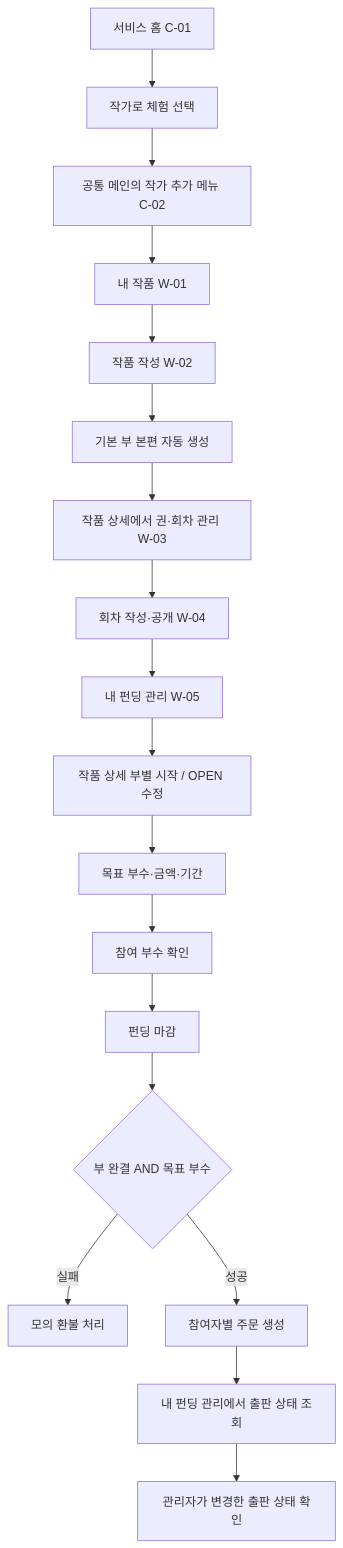
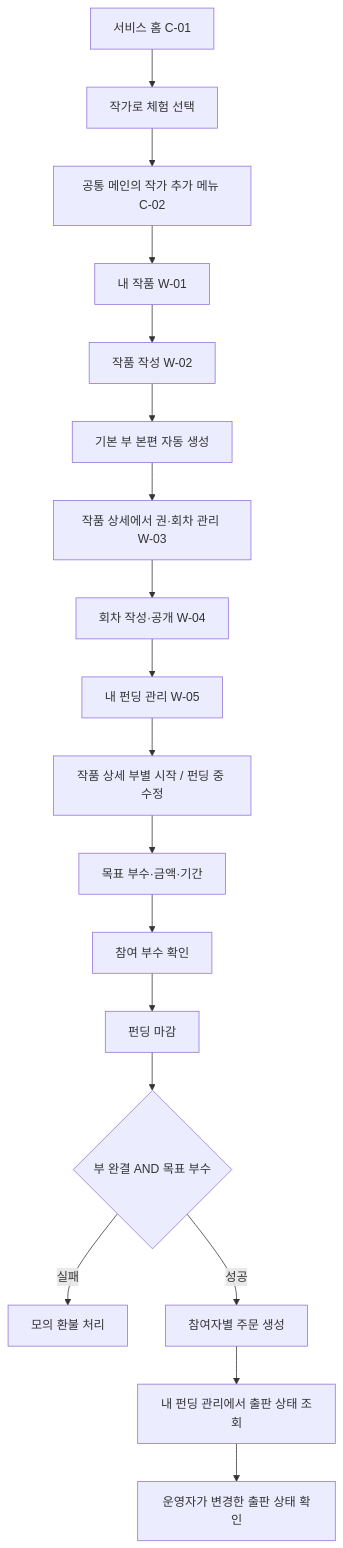
The second of 3 diagrams in docs/05_화면_정의서.md (021Skyfall/novelkeep), drawn with Mermaid before and after one commit. The commit also changed other lines of this file and 9 other files, not shown here.

````diff
--- a/docs/05_화면_정의서.md
+++ b/docs/05_화면_정의서.md
@@ -423,20 +423,20 @@
 ```mermaid
 flowchart TD
     A["서비스 홈 C-01"] --> A1["작가로 체험 선택"]
     A1 --> A2["공통 메인의 작가 추가 메뉴 C-02"]
     A2 --> B["내 작품 W-01"]
     B --> C["작품 작성 W-02"]
     C --> E["기본 부 본편 자동 생성"]
     E --> G["작품 상세에서 권·회차 관리 W-03"]
     G --> H["회차 작성·공개 W-04"]
     H --> I["내 펀딩 관리 W-05"]
-    I --> J["작품 상세 부별 시작 / OPEN 수정"]
+    I --> J["작품 상세 부별 시작 / 펀딩 중 수정"]
     J --> K["목표 부수·금액·기간"]
     K --> L["참여 부수 확인"]
     L --> M["펀딩 마감"]
     M --> N{"부 완결 AND 목표 부수"}
     N -->|실패| O["모의 환불 처리"]
     N -->|성공| P["참여자별 주문 생성"]
     P --> Q["내 펀딩 관리에서 출판 상태 조회"]
-    Q --> R["관리자가 변경한 출판 상태 확인"]
+    Q --> R["운영자가 변경한 출판 상태 확인"]
 ```
````
